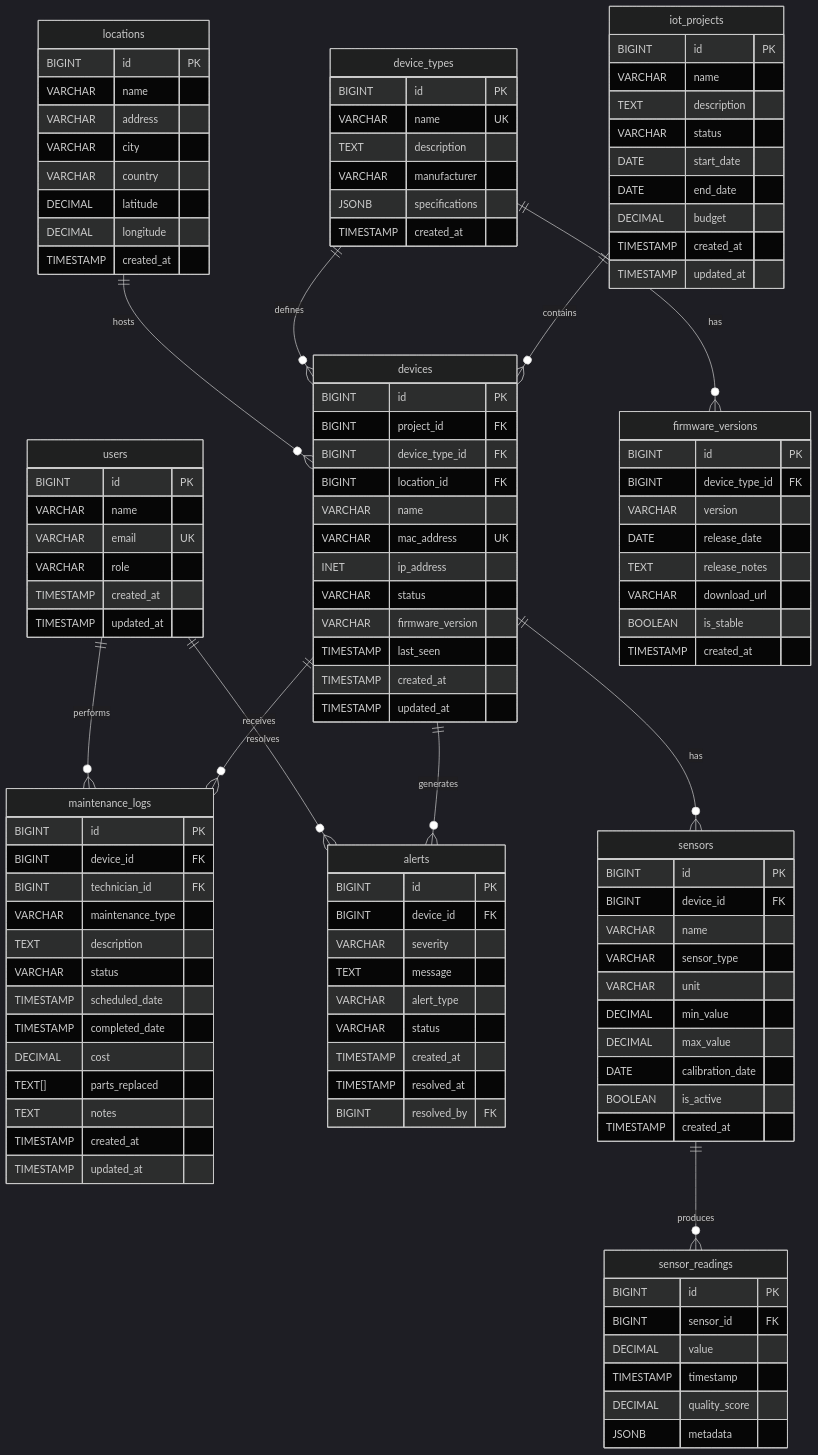
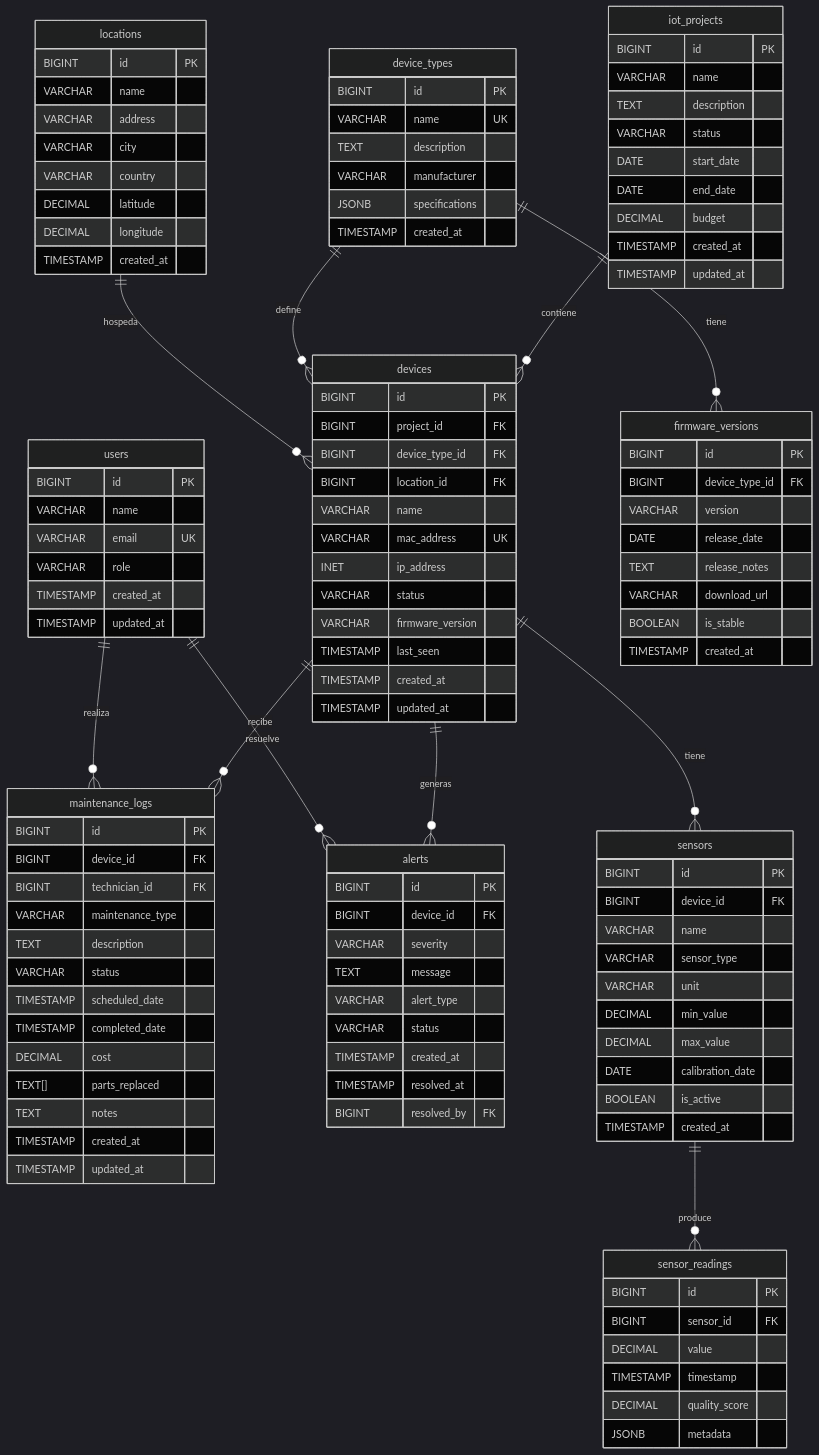
Before and after one commit to jhulio435m/iot-management-system: the second of 2 diagrams in README.md, drawn with Mermaid (dark theme).

Commit message:
Update Spanish translations in ER diagram

````diff
--- a/README.md
+++ b/README.md
@@ -213,20 +213,20 @@
 ```mermaid
 erDiagram
-    users ||--o{ maintenance_logs : "performs"
-    users ||--o{ alerts : "resolves"
+    users ||--o{ maintenance_logs : "realiza"
+    users ||--o{ alerts : "resuelve"
     
-    locations ||--o{ devices : "hosts"
+    locations ||--o{ devices : "hospeda"
     
-    device_types ||--o{ devices : "defines"
-    device_types ||--o{ firmware_versions : "has"
+    device_types ||--o{ devices : "define"
+    device_types ||--o{ firmware_versions : "tiene"
     
-    iot_projects ||--o{ devices : "contains"
+    iot_projects ||--o{ devices : "contiene"
     
-    devices ||--o{ sensors : "has"
-    devices ||--o{ alerts : "generates"
-    devices ||--o{ maintenance_logs : "receives"
+    devices ||--o{ sensors : "tiene"
+    devices ||--o{ alerts : "generas"
+    devices ||--o{ maintenance_logs : "recibe"
     
-    sensors ||--o{ sensor_readings : "produces"
+    sensors ||--o{ sensor_readings : "produce"
 
     users {
         BIGINT id PK
````
